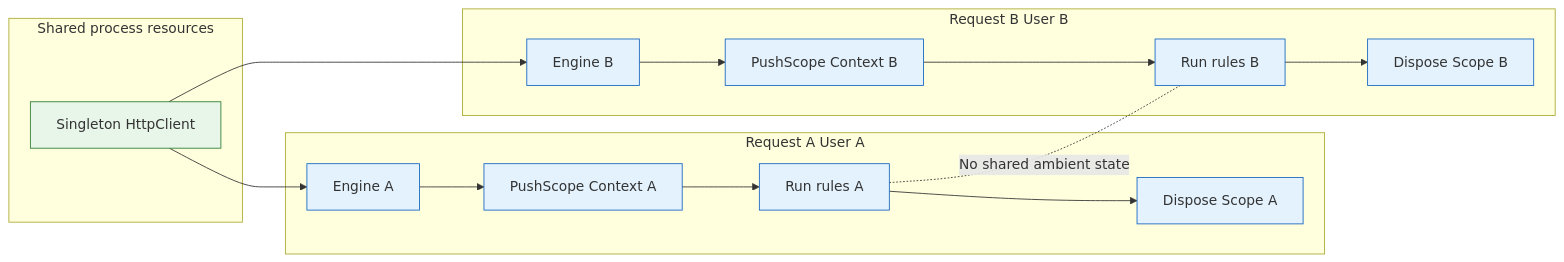
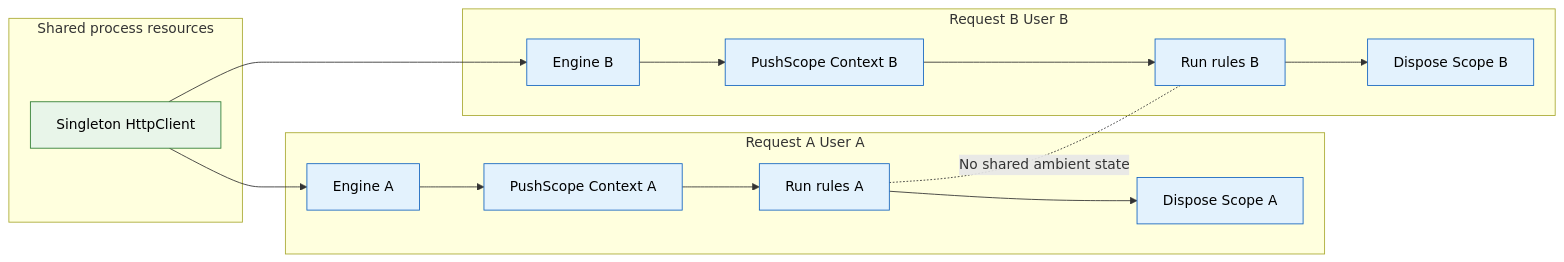
One commit to NatVanG/fab-inspector changed the sixth of 6 diagrams in FabInspector.Core/Architecture.md. Above: the diagram before and after it, drawn with Mermaid. The commit also changed other lines of this file and 13 other files, not shown here.

````diff
--- a/FabInspector.Core/Architecture.md
+++ b/FabInspector.Core/Architecture.md
@@ -227,24 +227,24 @@
 ```mermaid
 flowchart LR
   subgraph SharedProcess["Shared process resources"]
     HC["Singleton HttpClient"]
   end
 
   subgraph ReqA["Request A User A"]
     EA["Engine A"] --> SA["PushScope Context A"] --> RA["Run rules A"] --> DA["Dispose Scope A"]
   end
 
   subgraph ReqB["Request B User B"]
     EB["Engine B"] --> SB["PushScope Context B"] --> RB["Run rules B"] --> DB["Dispose Scope B"]
   end
 
   HC --> EA
   HC --> EB
 
   RA -. "No shared ambient state" .- RB
 
-  classDef shared fill:#e8f5e9,stroke:#2e7d32,stroke-width:1px
-  classDef isolated fill:#e3f2fd,stroke:#1565c0,stroke-width:1px
+  classDef shared fill:#e8f5e9,stroke:#2e7d32,stroke-width:1px,color:#000
+  classDef isolated fill:#e3f2fd,stroke:#1565c0,stroke-width:1px,color:#000
   class HC shared
   class EA,SA,RA,DA,EB,SB,RB,DB isolated
 ```
````
